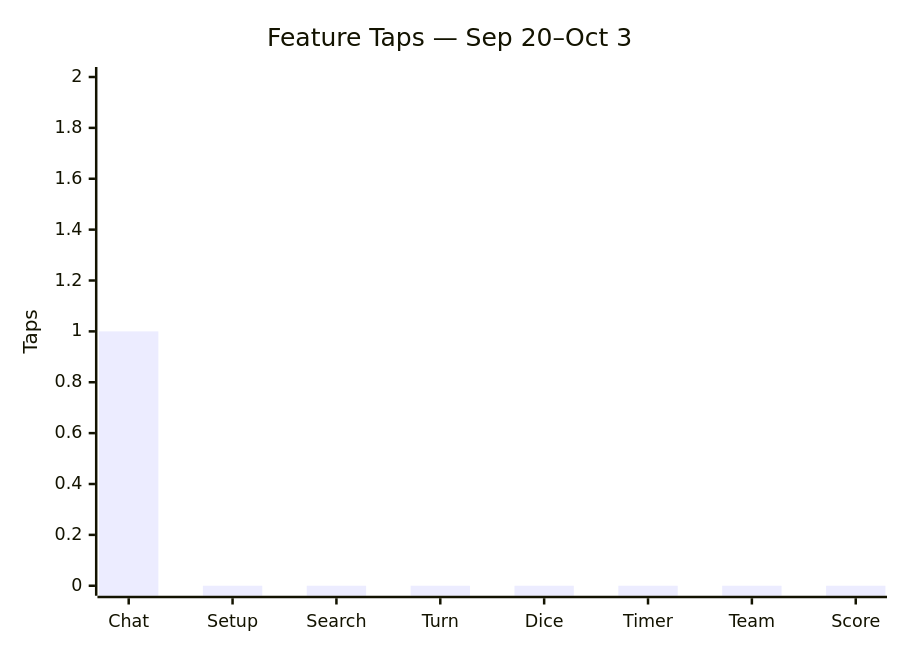
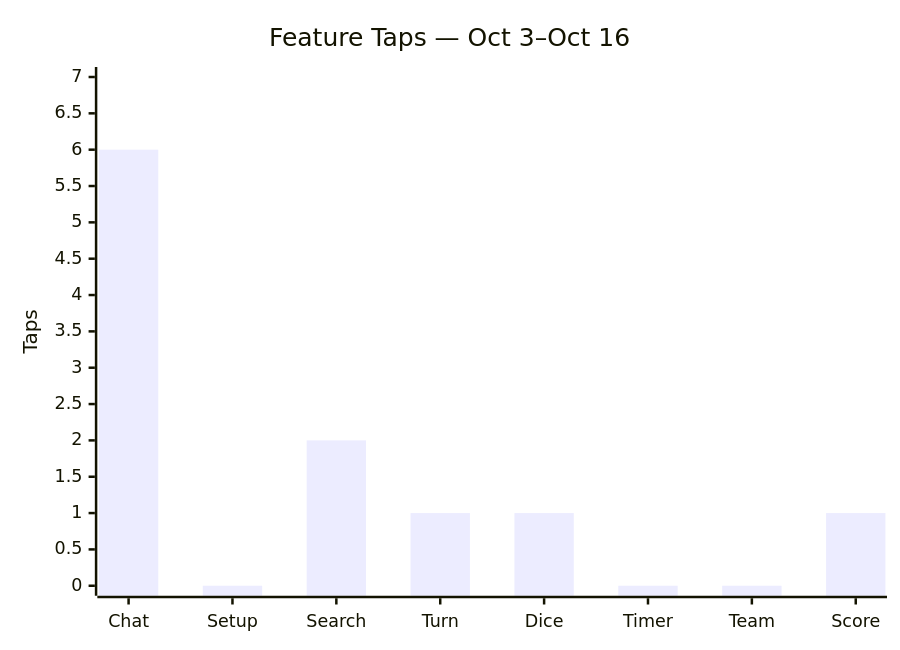
One commit to thrustCoder/gamer-uncle changed the third of 3 diagrams in docs/telemetry/usage_analytics.md. Above: the diagram before and after it, drawn with Mermaid. The commit also changed other lines of this file, not shown here.

First line of the commit message:
docs(telemetry): refresh Oct 3-16 usage snapshot

````diff
--- a/docs/telemetry/usage_analytics.md
+++ b/docs/telemetry/usage_analytics.md
@@ -167,7 +181,7 @@
 ```mermaid
 xychart-beta
-    title "Feature Taps — Sep 20–Oct 3"
+    title "Feature Taps — Oct 3–Oct 16"
     x-axis ["Chat", "Setup", "Search", "Turn", "Dice", "Timer", "Team", "Score"]
-    y-axis "Taps" 0 --> 2
-    bar [1, 0, 0, 0, 0, 0, 0, 0]
+    y-axis "Taps" 0 --> 7
+    bar [6, 0, 2, 1, 1, 0, 0, 1]
 ```
````
